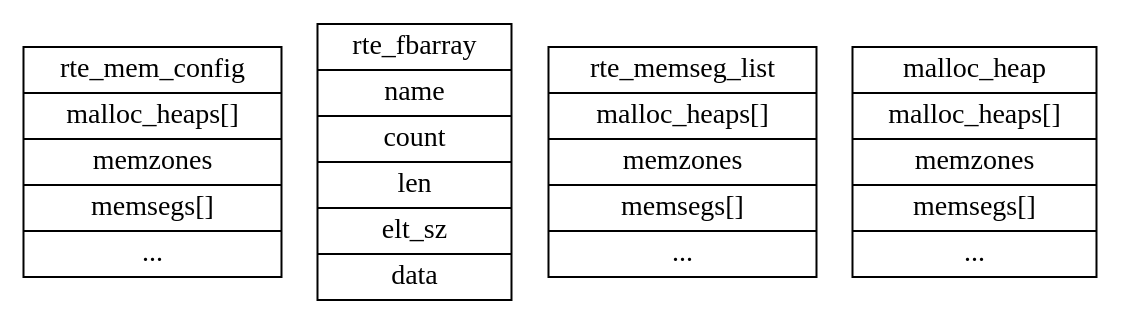
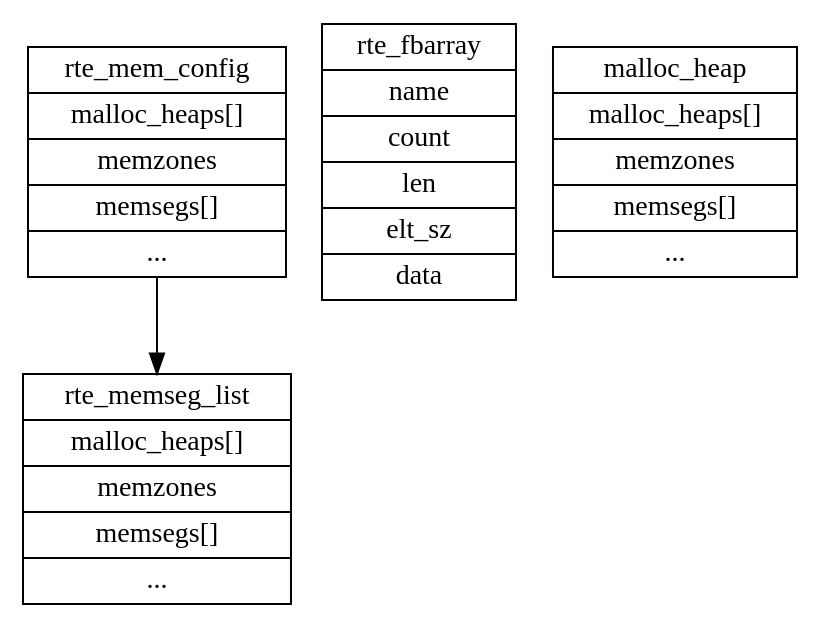
The diagram in dpdk/内存管理.md (sisyphus1212/note), drawn with Graphviz before and after one commit.

Commit message:
auto_update

````diff
--- a/dpdk/内存管理.md
+++ b/dpdk/内存管理.md
@@ -16,45 +16,46 @@
 ```graphviz
 digraph {
 	rte_mem_config[
 		label = "{
 		rte_mem_config|
         malloc_heaps[]|
 		memzones|
 		memsegs[]|
 		...
 		}",
 		shape = "record"
 	];
 	rte_fbarray[
 		label = "{
 		rte_fbarray|
         name|
 		count|
 		len|
 		elt_sz|
 		data
 		}",
 		shape = "record"
 	];
 	rte_memseg_list[
 		label = "{
 		rte_memseg_list|
         malloc_heaps[]|
 		memzones|
 		memsegs[]|
 		...
 		}",
 		shape = "record"
 	];
 	malloc_heap[
 		label = "{
 		malloc_heap|
         malloc_heaps[]|
 		memzones|
 		memsegs[]|
 		...
 		}",
 		shape = "record"
 	];
+	rte_mem_config -> rte_memseg_list
 }
 ```
````
